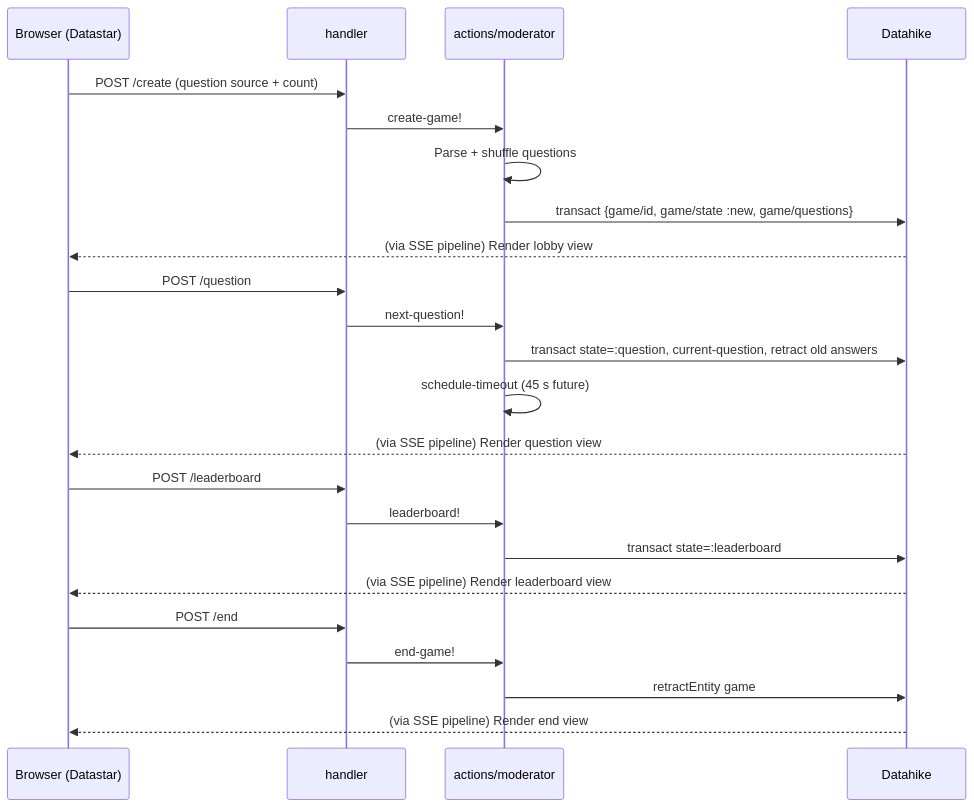
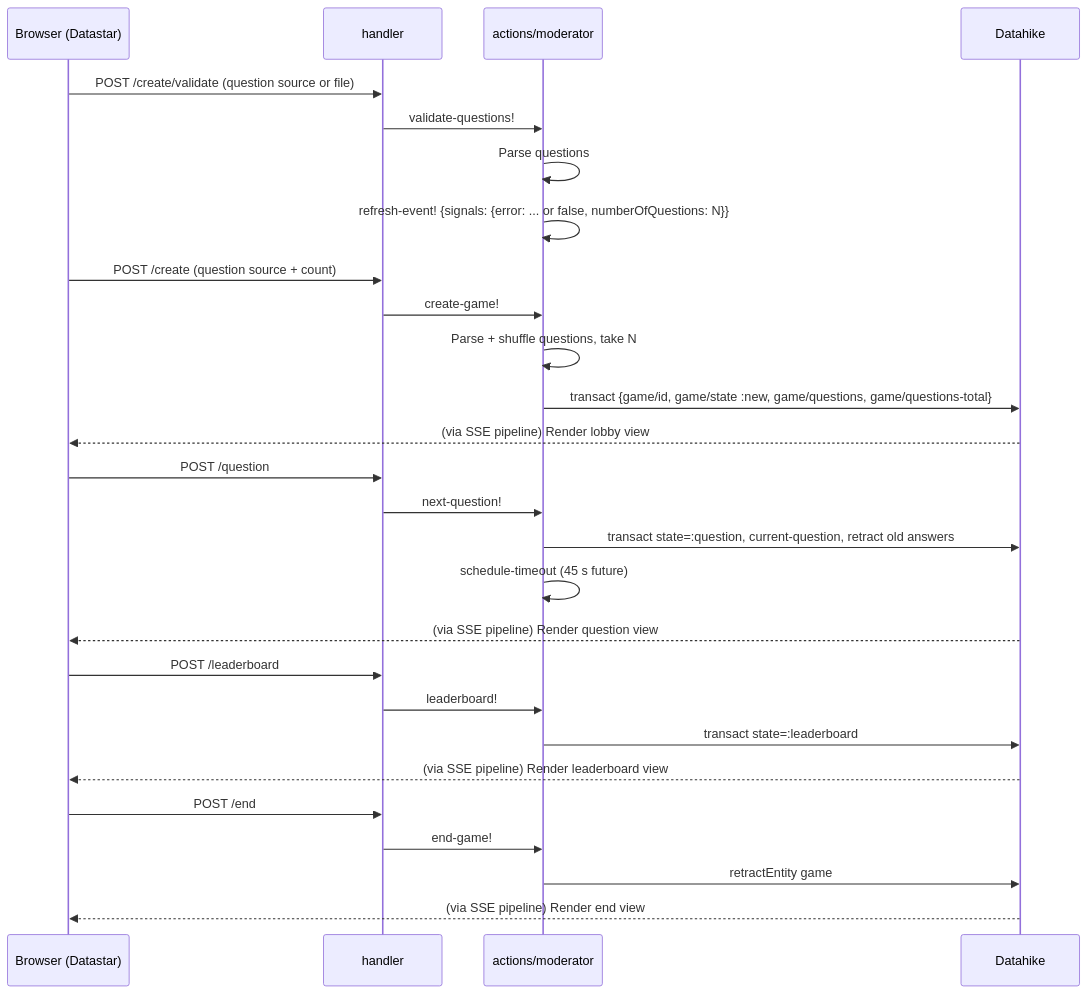
The fifth of 8 diagrams in data_flow.md (jindrichmynarz/localquiz), drawn with Mermaid before and after one commit. The commit also changed other lines of this file, not shown here.

Commit message:
Update the data flow

````diff
--- a/data_flow.md
+++ b/data_flow.md
@@ -92,29 +117,34 @@
 ```mermaid
 sequenceDiagram
     participant B as Browser (Datastar)
     participant H as handler
     participant A as actions/moderator
     participant DB as Datahike
 
+    B->>H: POST /create/validate (question source or file)
+    H->>A: validate-questions!
+    A->>A: Parse questions
+    A->>A: refresh-event! {signals: {error: ... or false, numberOfQuestions: N}}
+
     B->>H: POST /create (question source + count)
     H->>A: create-game!
-    A->>A: Parse + shuffle questions
-    A->>DB: transact {game/id, game/state :new, game/questions}
+    A->>A: Parse + shuffle questions, take N
+    A->>DB: transact {game/id, game/state :new, game/questions, game/questions-total}
     DB-->>B: (via SSE pipeline) Render lobby view
 
     B->>H: POST /question
     H->>A: next-question!
     A->>DB: transact state=:question, current-question, retract old answers
     A->>A: schedule-timeout (45 s future)
     DB-->>B: (via SSE pipeline) Render question view
 
     B->>H: POST /leaderboard
     H->>A: leaderboard!
     A->>DB: transact state=:leaderboard
     DB-->>B: (via SSE pipeline) Render leaderboard view
 
     B->>H: POST /end
     H->>A: end-game!
     A->>DB: retractEntity game
     DB-->>B: (via SSE pipeline) Render end view
 ```
````
